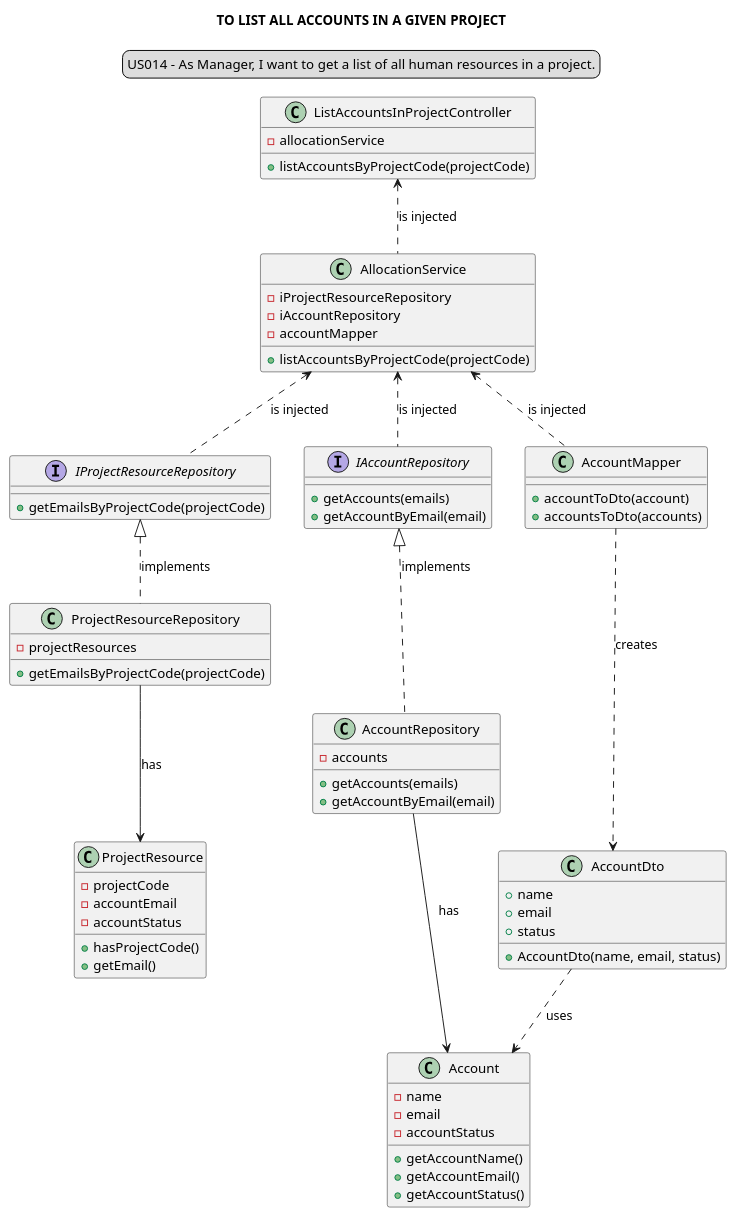
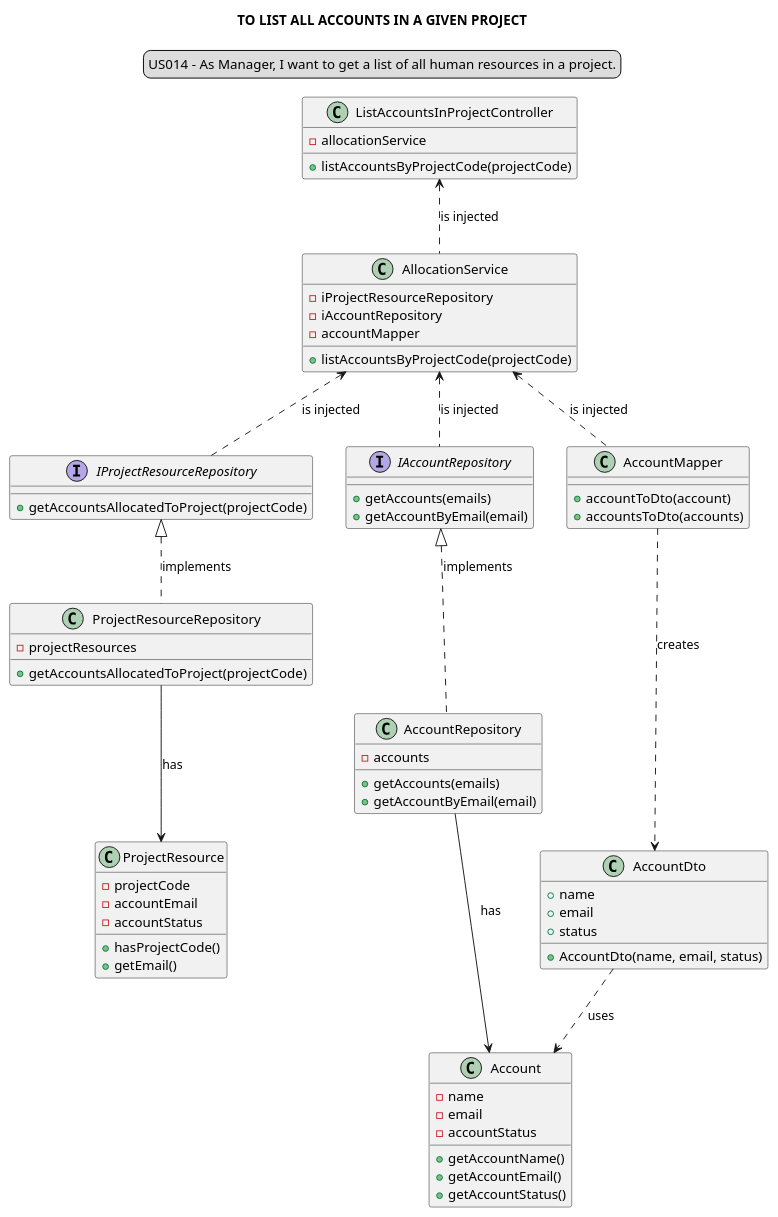
The diagram in docs/modelling_design/user_stories/sprint02/us014/US014_classDiagram_ddd.puml (Loracline/project_switch_22-23), drawn with PlantUML before and after one commit. The commit also changed 1 other file, not shown here.

Commit message:
US014: Desgin: Renamed 'getEmailsByProjectCode' method to 'getAccountsAllocatedToProject' in both sequence and class diagrams, addresses #435

```diff
--- a/docs/modelling_design/user_stories/sprint02/us014/US014_classDiagram_ddd.puml
+++ b/docs/modelling_design/user_stories/sprint02/us014/US014_classDiagram_ddd.puml
@@ -1,85 +1,85 @@
 @startuml
 skinparam sequenceMessageAlign center
 title TO LIST ALL ACCOUNTS IN A GIVEN PROJECT
 legend top
 US014 - As Manager, I want to get a list of all human resources in a project.
 end legend
 
 
 class "ListAccountsInProjectController" {
 - allocationService
 + listAccountsByProjectCode(projectCode)
 }
 
 class "AllocationService" {
 - iProjectResourceRepository
 - iAccountRepository
 - accountMapper
 + listAccountsByProjectCode(projectCode)
 }
 
 interface "IProjectResourceRepository" {
-+ getEmailsByProjectCode(projectCode)
++ getAccountsAllocatedToProject(projectCode)
 }
 
 class "ProjectResourceRepository" {
 - projectResources
-+ getEmailsByProjectCode(projectCode)
++ getAccountsAllocatedToProject(projectCode)
 }
 
 interface "IAccountRepository" {
 + getAccounts(emails)
 + getAccountByEmail(email)
 }
 
 class "AccountRepository" {
 - accounts
 + getAccounts(emails)
 + getAccountByEmail(email)
 }
 
 class "AccountMapper" {
 + accountToDto(account)
 + accountsToDto(accounts)
 }
 
 class "AccountDto" {
 + name
 + email
 + status
 + AccountDto(name, email, status)
 
 }
 
 class "Account" {
 - name
 - email
 - accountStatus
 + getAccountName()
 + getAccountEmail()
 + getAccountStatus()
 }
 
 class "ProjectResource" {
 - projectCode
 - accountEmail
 - accountStatus
 + hasProjectCode()
 + getEmail()
 }
 
 ListAccountsInProjectController <.. AllocationService: is injected
 
 AllocationService <.. IAccountRepository: is injected
 IAccountRepository <|.. AccountRepository: implements
 AccountRepository --> Account: has
 
 AllocationService <.. IProjectResourceRepository: is injected
 IProjectResourceRepository <|.. ProjectResourceRepository: implements
 ProjectResourceRepository --> ProjectResource: has
 
 AllocationService <.. AccountMapper: is injected
 AccountMapper ...> AccountDto: creates
 AccountDto ..> Account: uses
 
 @enduml
```
